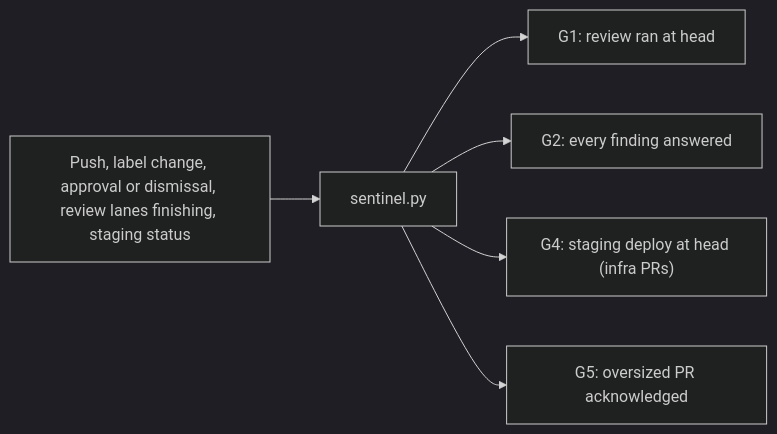
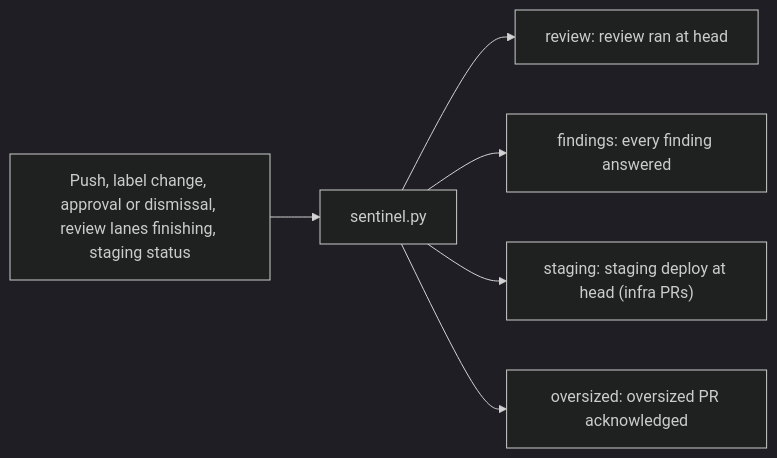
The seventh of 9 diagrams in BUILD-AND-DEPLOY.md (pulumi/docs), drawn with Mermaid (dark theme) before and after one commit. The commit also changed other lines of this file and 13 other files, not shown here.

````diff
--- a/BUILD-AND-DEPLOY.md
+++ b/BUILD-AND-DEPLOY.md
@@ -1332,8 +1332,8 @@
 ```mermaid
 flowchart LR
   EV["`Push, label change, approval or dismissal, review lanes finishing, staging status`"] --> SE["`sentinel.py`"]
-  SE --> G1["`G1: review ran at head`"]
-  SE --> G2["`G2: every finding answered`"]
-  SE --> G4["`G4: staging deploy at head (infra PRs)`"]
-  SE --> G5["`G5: oversized PR acknowledged`"]
+  SE --> R["`review: review ran at head`"]
+  SE --> F["`findings: every finding answered`"]
+  SE --> S["`staging: staging deploy at head (infra PRs)`"]
+  SE --> O["`oversized: oversized PR acknowledged`"]
 ```
````
